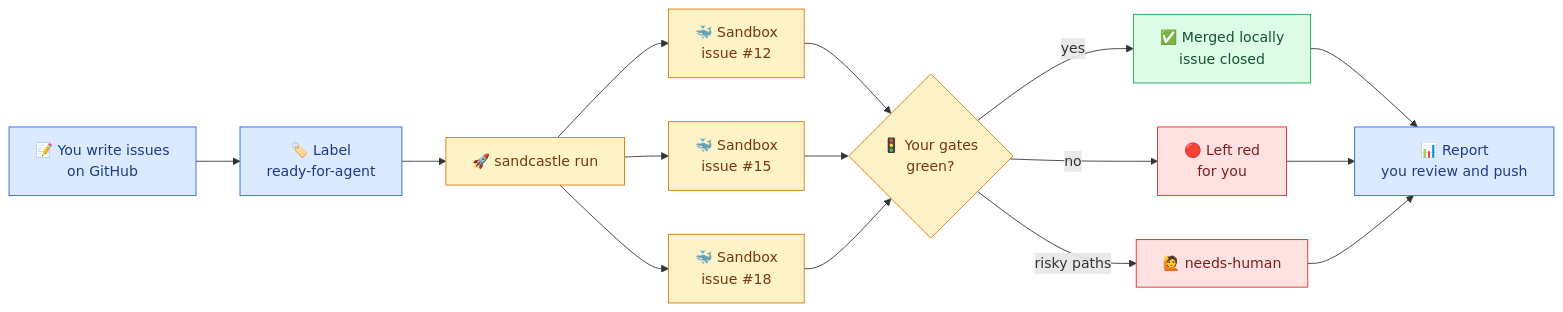
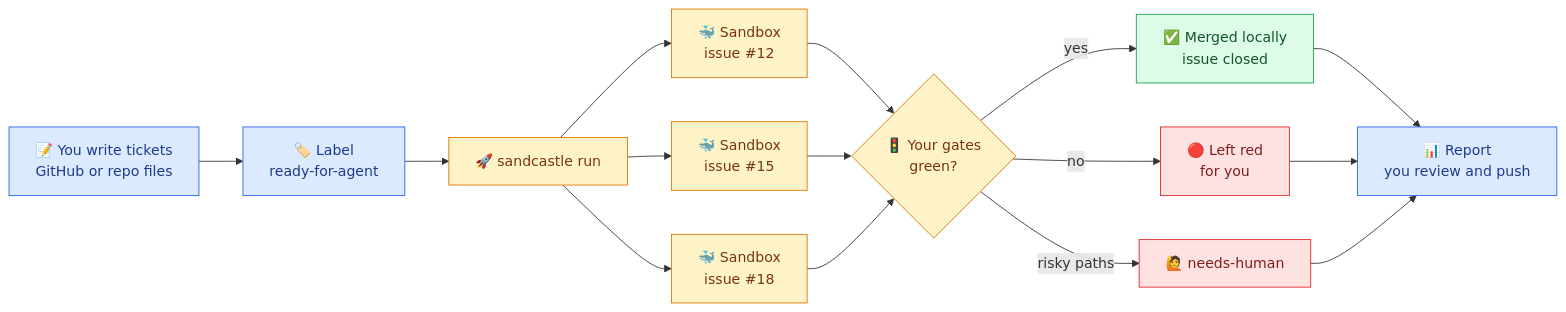
The first of 3 diagrams in README.md (henkisdabro/sandcastle-kit), drawn with Mermaid before and after one commit. The commit also changed other lines of this file and 19 other files, not shown here.

````diff
--- a/README.md
+++ b/README.md
@@ -93,26 +157,26 @@
 ```mermaid
 flowchart LR
-    A["📝 You write issues<br/>on GitHub"] --> B["🏷️ Label<br/>ready-for-agent"]
+    A["📝 You write tickets<br/>GitHub or repo files"] --> B["🏷️ Label<br/>ready-for-agent"]
     B --> C["🚀 sandcastle run"]
     C --> D1["🐳 Sandbox<br/>issue #12"]
     C --> D2["🐳 Sandbox<br/>issue #15"]
     C --> D3["🐳 Sandbox<br/>issue #18"]
     D1 --> E{"🚦 Your gates<br/>green?"}
     D2 --> E
     D3 --> E
     E -- "yes" --> F["✅ Merged locally<br/>issue closed"]
     E -- "no" --> G["🔴 Left red<br/>for you"]
     E -- "risky paths" --> H["🙋 needs-human"]
     F --> I["📊 Report<br/>you review and push"]
     G --> I
     H --> I
 
     classDef you fill:#dbeafe,stroke:#2563eb,color:#1e3a8a
     classDef kit fill:#fef3c7,stroke:#d97706,color:#78350f
     classDef ok fill:#dcfce7,stroke:#16a34a,color:#14532d
     classDef bad fill:#fee2e2,stroke:#dc2626,color:#7f1d1d
     class A,B,I you
     class C,D1,D2,D3,E kit
     class F ok
     class G,H bad
 ```
````
